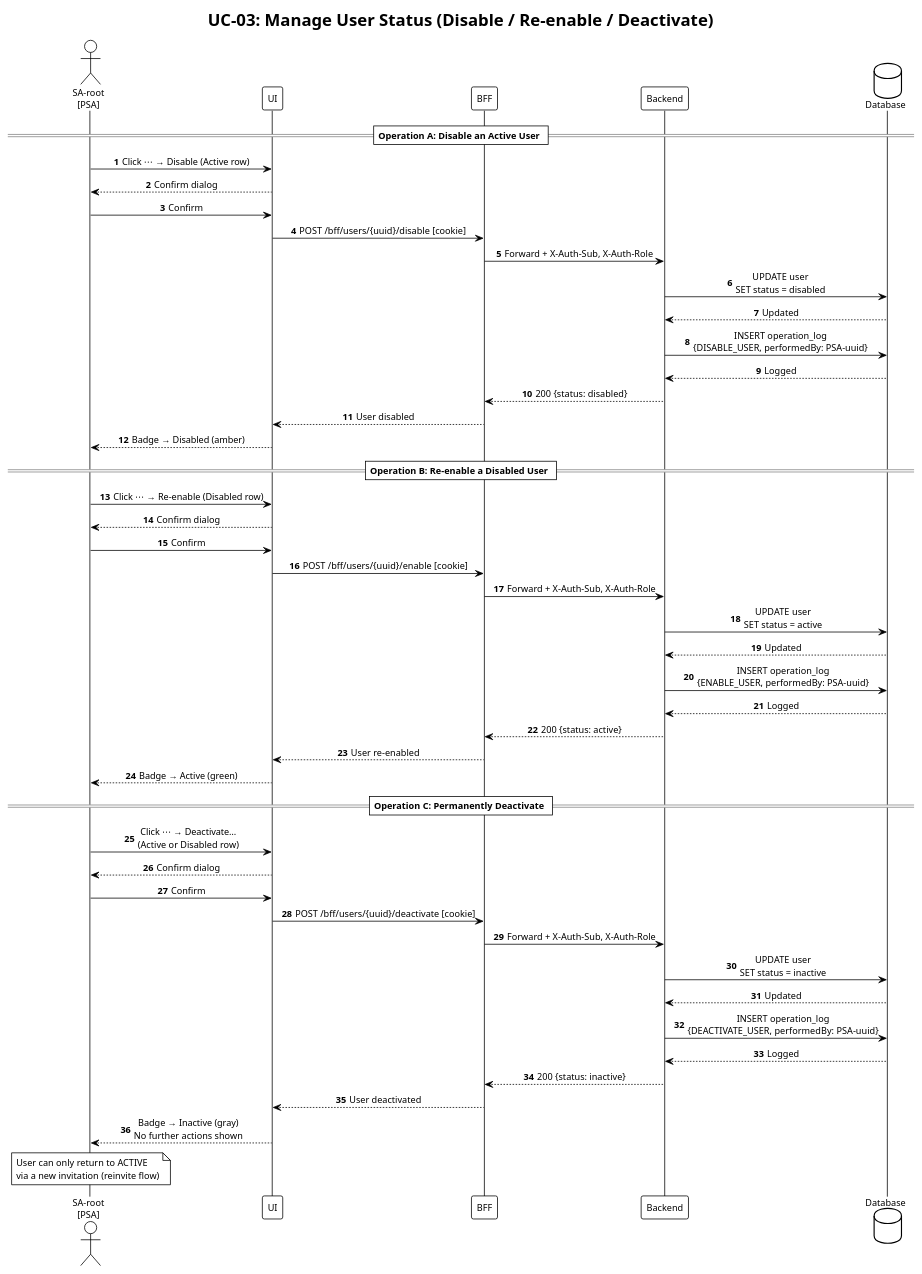
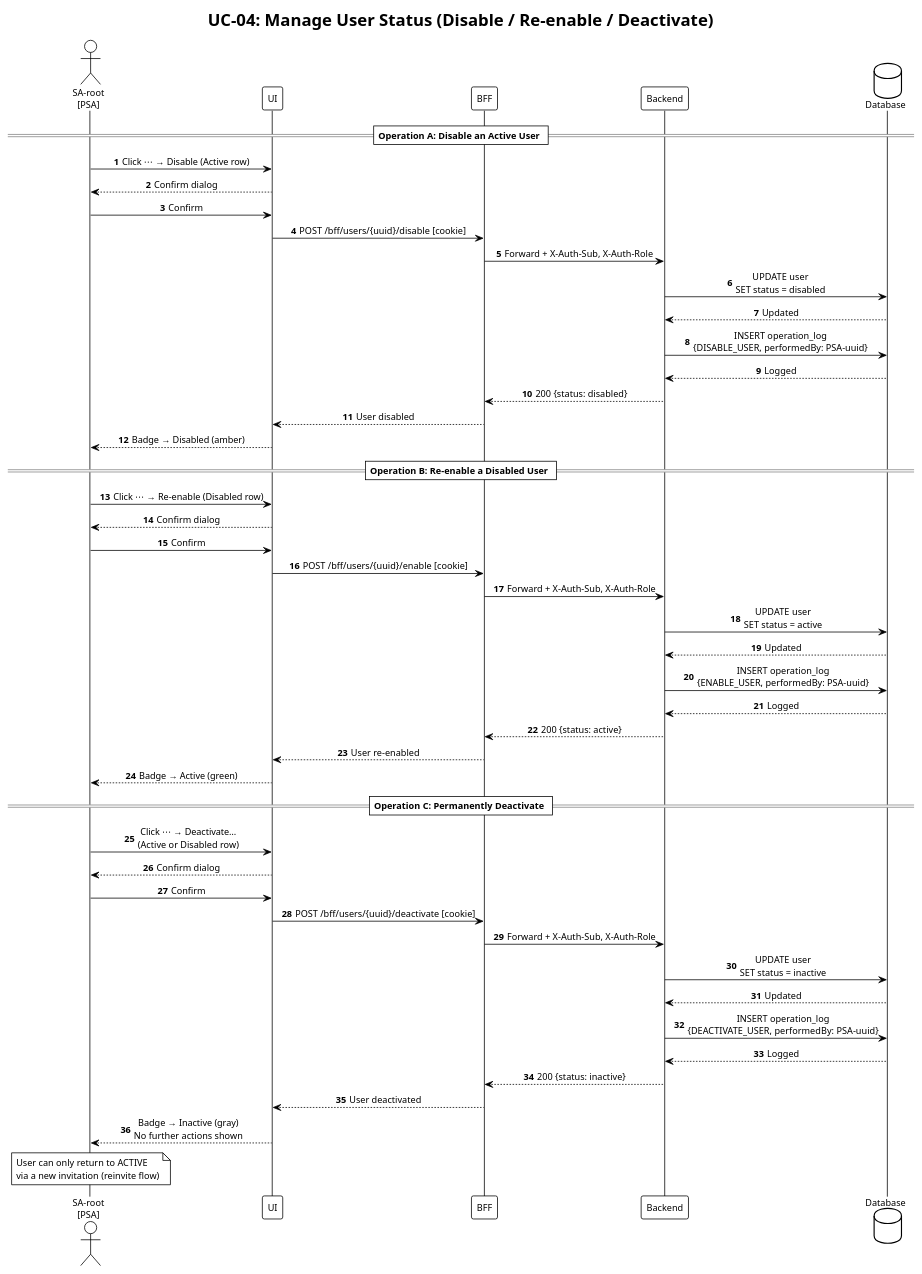
One commit to SilvestreAuricchio/b-muniai-preview changed the second of 2 diagrams in docs/architecture/sequence-manage-user-status.md. Above: the diagram before and after it, drawn with PlantUML. The commit also changed other lines of this file and 4 other files, not shown here.

First line of the commit message:
0022: UC renumbering (UC-03 = Slots, UC-04 = User Status) + SESSION_BOOTSTRAP sync

````diff
--- a/docs/architecture/sequence-manage-user-status.md
+++ b/docs/architecture/sequence-manage-user-status.md
@@ -112,68 +112,68 @@
 ```plantuml
 @startuml UC03-Manage-User-Status
 !theme plain
 skinparam sequenceMessageAlign center
 skinparam defaultFontSize 12
 skinparam BoxPadding 12
 skinparam ParticipantPadding 20
 skinparam SequenceGroupBodyBackgroundColor transparent
 
-title UC-03: Manage User Status (Disable / Re-enable / Deactivate)
+title UC-04: Manage User Status (Disable / Re-enable / Deactivate)
 
 actor "SA-root\n[PSA]" as PSA
 participant "UI"       as UI
 participant "BFF"      as BFF
 participant "Backend"  as BE
 database    "Database" as DB
 
 autonumber
 
 == Operation A: Disable an Active User ==
 
 PSA  ->  UI   : Click ⋯ → Disable (Active row)
 UI   -->  PSA : Confirm dialog
 PSA  ->  UI   : Confirm
 UI   ->  BFF  : POST /bff/users/{uuid}/disable [cookie]
 BFF  ->  BE   : Forward + X-Auth-Sub, X-Auth-Role
 BE   ->  DB   : UPDATE user\nSET status = disabled
 DB   --> BE   : Updated
 BE   ->  DB   : INSERT operation_log\n{DISABLE_USER, performedBy: PSA-uuid}
 DB   --> BE   : Logged
 BE   --> BFF  : 200 {status: disabled}
 BFF  --> UI   : User disabled
 UI   --> PSA  : Badge → Disabled (amber)
 
 == Operation B: Re-enable a Disabled User ==
 
 PSA  ->  UI   : Click ⋯ → Re-enable (Disabled row)
 UI   -->  PSA : Confirm dialog
 PSA  ->  UI   : Confirm
 UI   ->  BFF  : POST /bff/users/{uuid}/enable [cookie]
 BFF  ->  BE   : Forward + X-Auth-Sub, X-Auth-Role
 BE   ->  DB   : UPDATE user\nSET status = active
 DB   --> BE   : Updated
 BE   ->  DB   : INSERT operation_log\n{ENABLE_USER, performedBy: PSA-uuid}
 DB   --> BE   : Logged
 BE   --> BFF  : 200 {status: active}
 BFF  --> UI   : User re-enabled
 UI   --> PSA  : Badge → Active (green)
 
 == Operation C: Permanently Deactivate ==
 
 PSA  ->  UI   : Click ⋯ → Deactivate…\n(Active or Disabled row)
 UI   -->  PSA : Confirm dialog
 PSA  ->  UI   : Confirm
 UI   ->  BFF  : POST /bff/users/{uuid}/deactivate [cookie]
 BFF  ->  BE   : Forward + X-Auth-Sub, X-Auth-Role
 BE   ->  DB   : UPDATE user\nSET status = inactive
 DB   --> BE   : Updated
 BE   ->  DB   : INSERT operation_log\n{DEACTIVATE_USER, performedBy: PSA-uuid}
 DB   --> BE   : Logged
 BE   --> BFF  : 200 {status: inactive}
 BFF  --> UI   : User deactivated
 UI   --> PSA  : Badge → Inactive (gray)\nNo further actions shown
 
 note over PSA : User can only return to ACTIVE\nvia a new invitation (reinvite flow)
 
 @enduml
 ```
````
